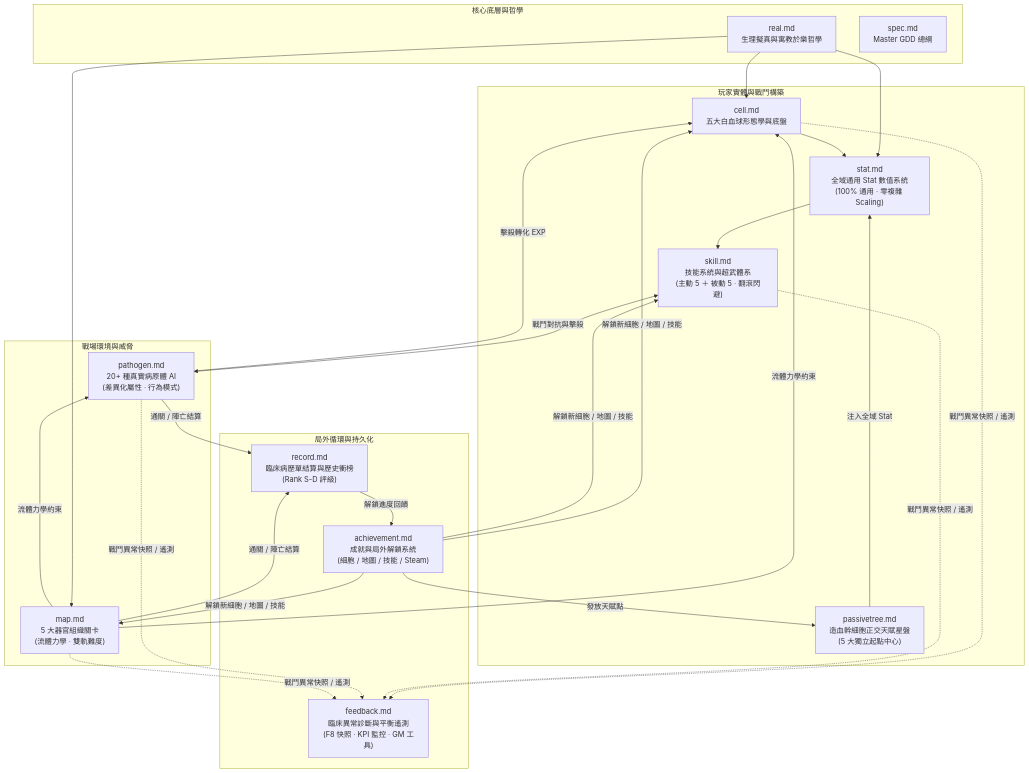
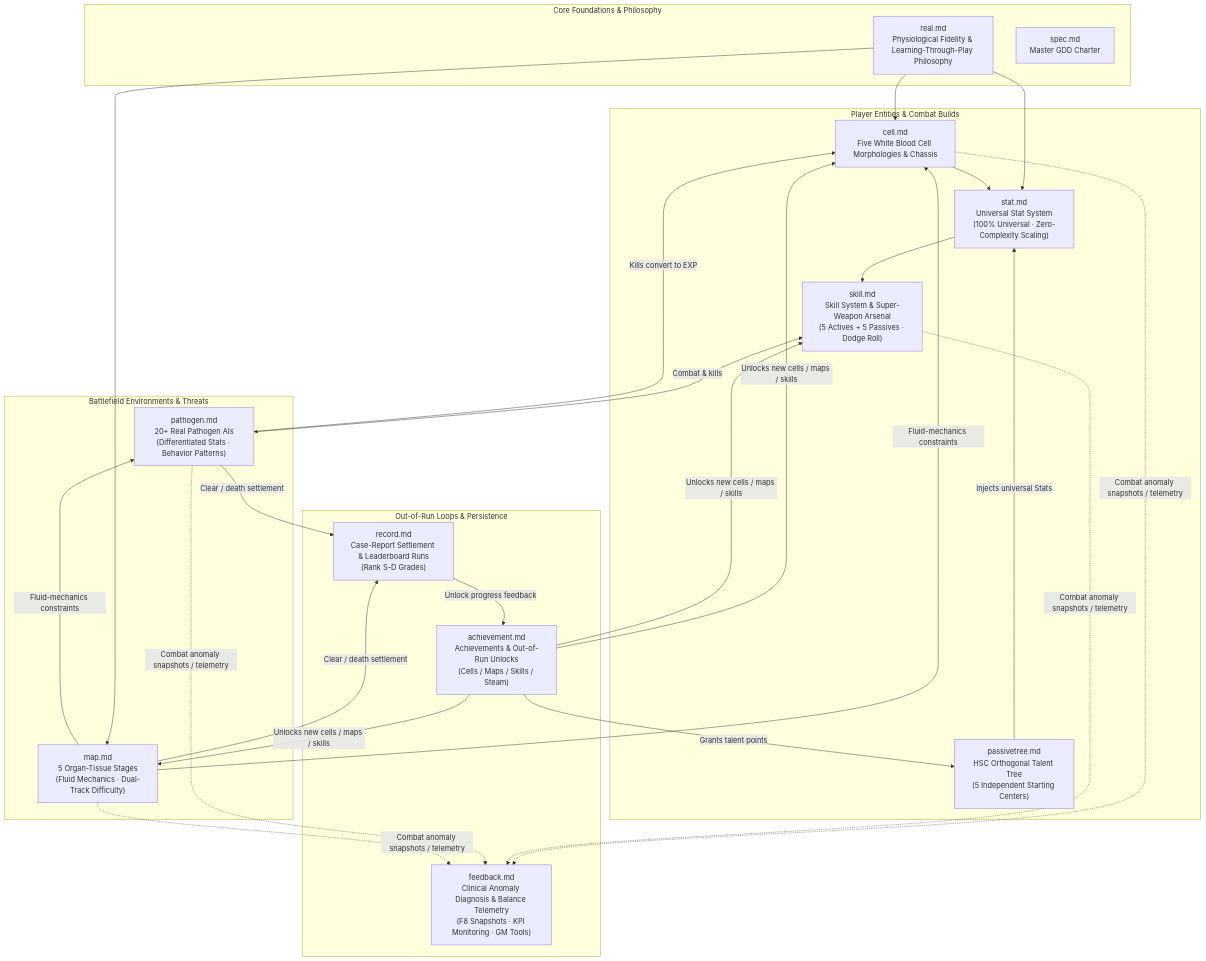
One commit to skyrocket-qy/Phagocyte changed the diagram in docs/README.md. Above: the diagram before and after it, drawn with Mermaid. The commit also changed other lines of this file and 17 other files, not shown here.

````diff
--- a/docs/README.md
+++ b/docs/README.md
@@ -34,38 +34,38 @@
 ```mermaid
 graph TD
-    subgraph CorePillars [核心底層與哲學]
-        PHIL["real.md<br>生理擬真與寓教於樂哲學"]
-        SPEC["spec.md<br>Master GDD 總綱"]
+    subgraph CorePillars [Core Foundations & Philosophy]
+        PHIL["real.md<br>Physiological Fidelity & Learning-Through-Play Philosophy"]
+        SPEC["spec.md<br>Master GDD Charter"]
     end
 
-    subgraph PlayerSystems [玩家實體與戰鬥構築]
-        CELL["cell.md<br>五大白血球形態學與底盤"]
-        STAT["stat.md<br>全域通用 Stat 數值系統<br>(100% 通用 · 零複雜 Scaling)"]
-         SKILL["skill.md<br>技能系統與超武體系<br>(主動 5 ＋ 被動 5 · 翻滾閃避)"]
-        TREE["passivetree.md<br>造血幹細胞正交天賦星盤<br>(5 大獨立起點中心)"]
+    subgraph PlayerSystems [Player Entities & Combat Builds]
+        CELL["cell.md<br>Five White Blood Cell Morphologies & Chassis"]
+        STAT["stat.md<br>Universal Stat System<br>(100% Universal · Zero-Complexity Scaling)"]
+         SKILL["skill.md<br>Skill System & Super-Weapon Arsenal<br>(5 Actives + 5 Passives · Dodge Roll)"]
+        TREE["passivetree.md<br>HSC Orthogonal Talent Tree<br>(5 Independent Starting Centers)"]
     end
 
-    subgraph WorldSystems [戰場環境與威脅]
-        MAP["map.md<br>5 大器官組織關卡<br>(流體力學 · 雙軌難度)"]
-        PATH["pathogen.md<br>20+ 種真實病原體 AI<br>(差異化屬性 · 行為模式)"]
+    subgraph WorldSystems [Battlefield Environments & Threats]
+        MAP["map.md<br>5 Organ-Tissue Stages<br>(Fluid Mechanics · Dual-Track Difficulty)"]
+        PATH["pathogen.md<br>20+ Real Pathogen AIs<br>(Differentiated Stats · Behavior Patterns)"]
     end
 
-    subgraph MetaSystems [局外循環與持久化]
-        ACH["achievement.md<br>成就與局外解鎖系統<br>(細胞 / 地圖 / 技能 / Steam)"]
-        REC["record.md<br>臨床病歷單結算與歷史衝榜<br>(Rank S-D 評級)"]
-        DIAG["feedback.md<br>臨床異常診斷與平衡遙測<br>(F8 快照 · KPI 監控 · GM 工具)"]
+    subgraph MetaSystems [Out-of-Run Loops & Persistence]
+        ACH["achievement.md<br>Achievements & Out-of-Run Unlocks<br>(Cells / Maps / Skills / Steam)"]
+        REC["record.md<br>Case-Report Settlement & Leaderboard Runs<br>(Rank S-D Grades)"]
+        DIAG["feedback.md<br>Clinical Anomaly Diagnosis & Balance Telemetry<br>(F8 Snapshots · KPI Monitoring · GM Tools)"]
     end
 
     PHIL --> CELL & STAT & MAP
     CELL --> STAT
-    TREE -->|注入全域 Stat| STAT
+    TREE -->|Injects universal Stats| STAT
     STAT --> SKILL
-    SKILL <-->|戰鬥對抗與擊殺| PATH
-    MAP -->|流體力學約束| CELL & PATH
-    PATH -->|擊殺轉化 EXP| CELL
-    PATH & MAP -->|通關 / 陣亡結算| REC
-    REC -->|解鎖進度回饋| ACH
-    ACH -->|發放天賦點| TREE
-    ACH -->|解鎖新細胞 / 地圖 / 技能| CELL & MAP & SKILL
-    CELL & SKILL & PATH & MAP -.->|戰鬥異常快照 / 遙測| DIAG
+    SKILL <-->|Combat & kills| PATH
+    MAP -->|Fluid-mechanics constraints| CELL & PATH
+    PATH -->|Kills convert to EXP| CELL
+    PATH & MAP -->|Clear / death settlement| REC
+    REC -->|Unlock progress feedback| ACH
+    ACH -->|Grants talent points| TREE
+    ACH -->|Unlocks new cells / maps / skills| CELL & MAP & SKILL
+    CELL & SKILL & PATH & MAP -.->|Combat anomaly snapshots / telemetry| DIAG
 ```
````
